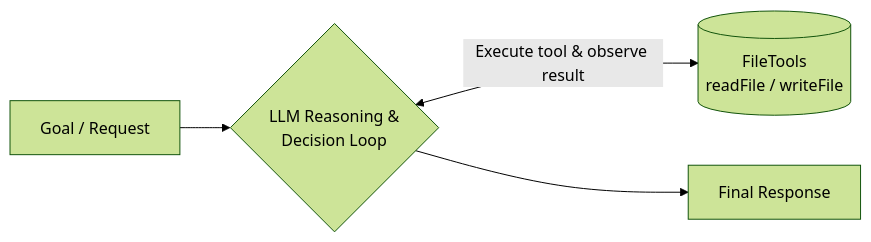
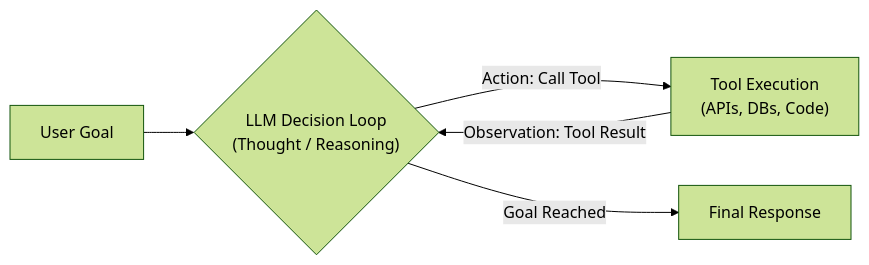
Before and after one commit to Bouvet-deler/agent-patterns: the ninth of 9 diagrams in README.md, drawn with Mermaid (forest theme). The commit also changed other lines of this file, not shown here.

````diff
--- a/README.md
+++ b/README.md
@@ -43,6 +159,7 @@
 ```mermaid
 flowchart LR
-    Goal["Goal / Request"] --> Reason{"LLM Reasoning &<br/>Decision Loop"}
-    Reason <-->|"Execute tool & observe result"| Tools[("FileTools<br/>readFile / writeFile")]
-    Reason --> Done["Final Response"]
+    Goal["User Goal"] --> Loop{"LLM Decision Loop<br/>(Thought / Reasoning)"}
+    Loop -->|"Action: Call Tool"| Tools["Tool Execution<br/>(APIs, DBs, Code)"]
+    Tools -->|"Observation: Tool Result"| Loop
+    Loop -->|"Goal Reached"| Answer["Final Response"]
 ```
````
